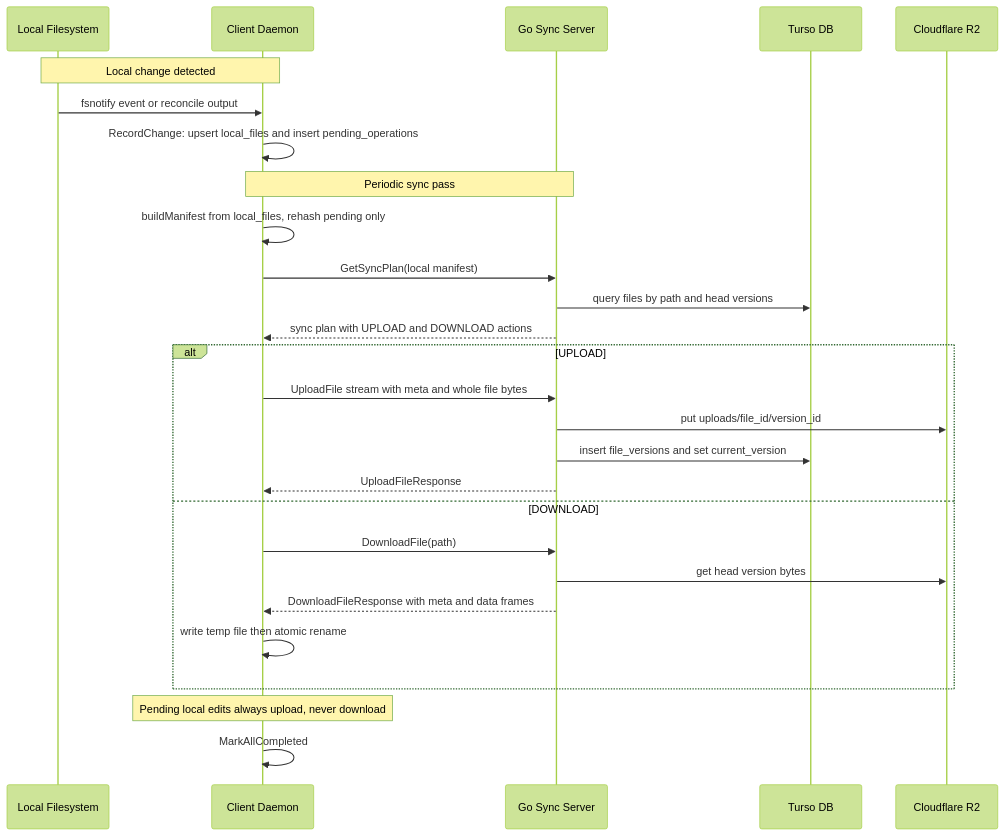
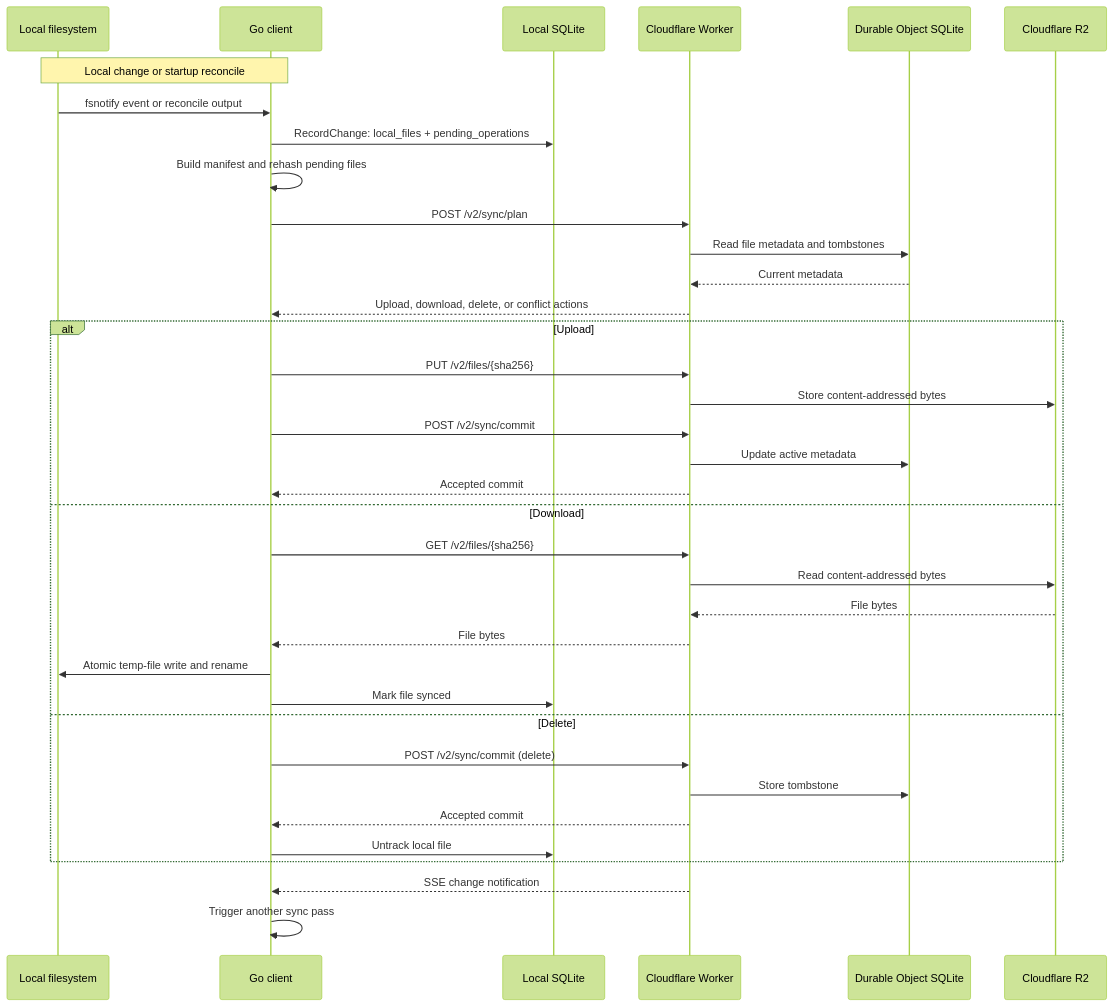
One commit to ShivangNagta/data_sync changed the diagram in docs/architecture/sequences/sync_flow.mmd. Above: the diagram before and after it, drawn with Mermaid (forest theme). The commit also changed 7 other files, not shown here.

Commit message:
DOCS: Update current architecture

```diff
--- a/docs/architecture/sequences/sync_flow.mmd
+++ b/docs/architecture/sequences/sync_flow.mmd
@@ -1,31 +1,39 @@
 sequenceDiagram
-    participant FS as Local Filesystem
-    participant C as Client Daemon
-    participant S as Go Sync Server
-    participant DB as Turso DB
+    participant FS as Local filesystem
+    participant C as Go client
+    participant DB as Local SQLite
+    participant W as Cloudflare Worker
+    participant DO as Durable Object SQLite
     participant R2 as Cloudflare R2
 
-    Note over FS,C: Local change detected
+    Note over FS,C: Local change or startup reconcile
     FS->>C: fsnotify event or reconcile output
-    C->>C: RecordChange: upsert local_files and insert pending_operations
+    C->>DB: RecordChange: local_files + pending_operations
+    C->>C: Build manifest and rehash pending files
+    C->>W: POST /v2/sync/plan
+    W->>DO: Read file metadata and tombstones
+    DO-->>W: Current metadata
+    W-->>C: Upload, download, delete, or conflict actions
 
-    Note over C,S: Periodic sync pass
-    C->>C: buildManifest from local_files, rehash pending only
-    C->>S: GetSyncPlan(local manifest)
-    S->>DB: query files by path and head versions
-    S-->>C: sync plan with UPLOAD and DOWNLOAD actions
-
-    alt UPLOAD
-        C->>S: UploadFile stream with meta and whole file bytes
-        S->>R2: put uploads/file_id/version_id
-        S->>DB: insert file_versions and set current_version
-        S-->>C: UploadFileResponse
-    else DOWNLOAD
-        C->>S: DownloadFile(path)
-        S->>R2: get head version bytes
-        S-->>C: DownloadFileResponse with meta and data frames
-        C->>C: write temp file then atomic rename
+    alt Upload
+        C->>W: PUT /v2/files/{sha256}
+        W->>R2: Store content-addressed bytes
+        C->>W: POST /v2/sync/commit
+        W->>DO: Update active metadata
+        W-->>C: Accepted commit
+    else Download
+        C->>W: GET /v2/files/{sha256}
+        W->>R2: Read content-addressed bytes
+        R2-->>W: File bytes
+        W-->>C: File bytes
+        C->>FS: Atomic temp-file write and rename
+        C->>DB: Mark file synced
+    else Delete
+        C->>W: POST /v2/sync/commit (delete)
+        W->>DO: Store tombstone
+        W-->>C: Accepted commit
+        C->>DB: Untrack local file
     end
 
-    Note over C: Pending local edits always upload, never download
-    C->>C: MarkAllCompleted
+    W-->>C: SSE change notification
+    C->>C: Trigger another sync pass
```
